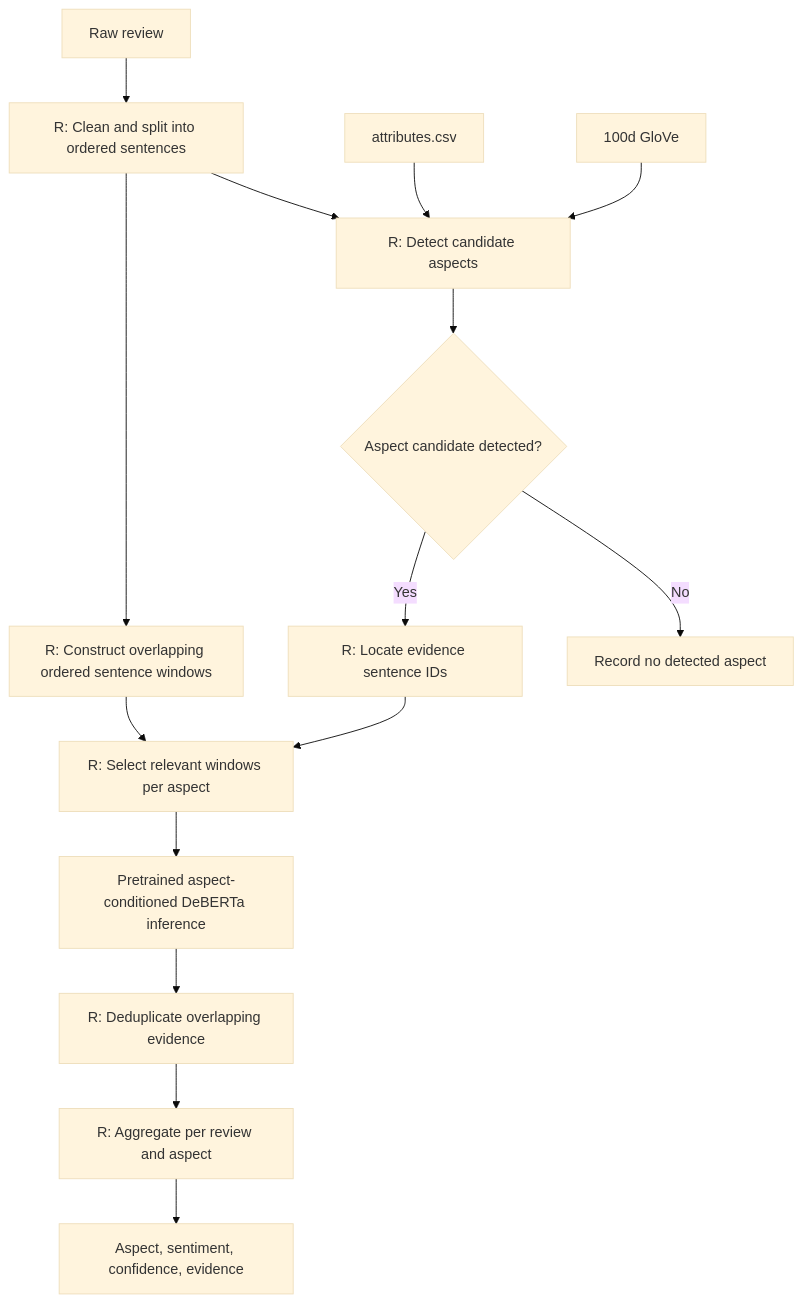
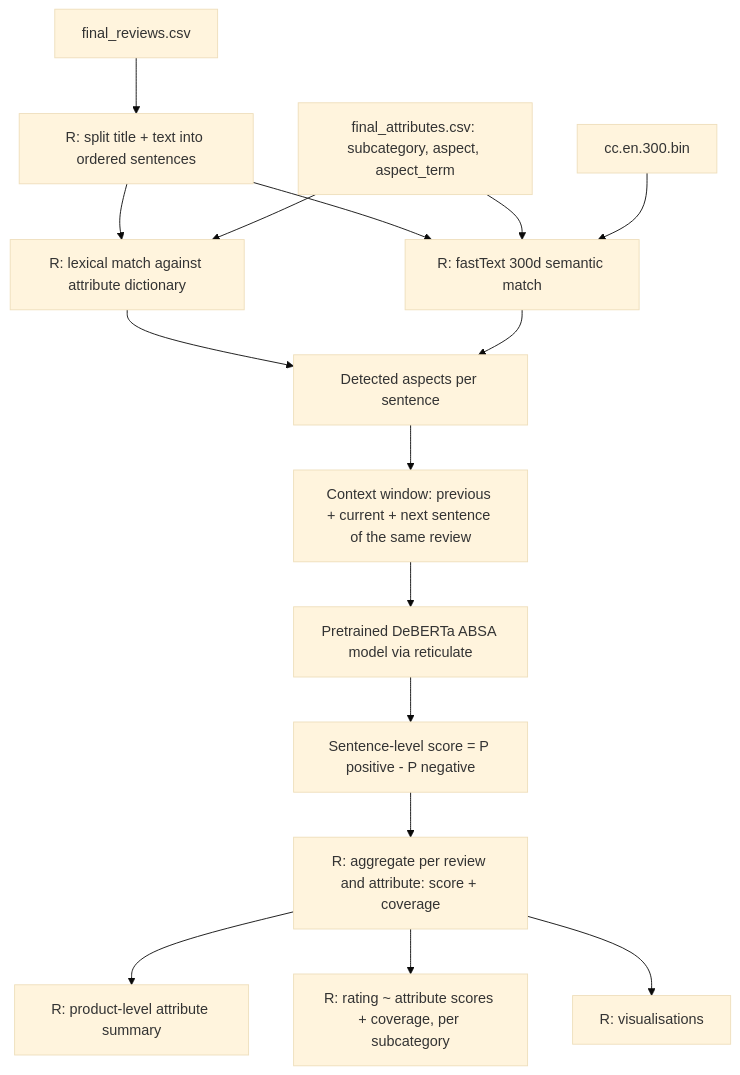
The first of 2 diagrams in README.md (mukulsinghal407/ABSA-Regression), drawn with Mermaid (base theme) before and after one commit. The commit also changed other lines of this file, not shown here.

Commit message:
Rewrite README to match implemented pipeline and document setup downloads

````diff
--- a/README.md
+++ b/README.md
@@ -157,17 +15,18 @@
 ```mermaid
 flowchart TD
- A[Raw review] --> B[R: Clean and split into ordered sentences]
- B --> C[R: Detect candidate aspects]
- D[attributes.csv] --> C
- E[100d GloVe] --> C
- C --> F{Aspect candidate detected?}
- F -->|No| G[Record no detected aspect]
- F -->|Yes| H[R: Locate evidence sentence IDs]
- B --> I[R: Construct overlapping ordered sentence windows]
- H --> J[R: Select relevant windows per aspect]
- I --> J
- J --> K[Pretrained aspect-conditioned DeBERTa inference]
- K --> L[R: Deduplicate overlapping evidence]
- L --> M[R: Aggregate per review and aspect]
- M --> N[Aspect, sentiment, confidence, evidence]
+    A[final_reviews.csv] --> B[R: split title + text into ordered sentences]
+    B --> C[R: lexical match against attribute dictionary]
+    B --> D[R: fastText 300d semantic match]
+    E[final_attributes.csv: subcategory, aspect, aspect_term] --> C
+    E --> D
+    F[cc.en.300.bin] --> D
+    C --> G[Detected aspects per sentence]
+    D --> G
+    G --> H[Context window: previous + current + next sentence of the same review]
+    H --> I[Pretrained DeBERTa ABSA model via reticulate]
+    I --> J[Sentence-level score = P positive - P negative]
+    J --> K[R: aggregate per review and attribute: score + coverage]
+    K --> L[R: product-level attribute summary]
+    K --> M[R: rating ~ attribute scores + coverage, per subcategory]
+    K --> N[R: visualisations]
 ```
````
